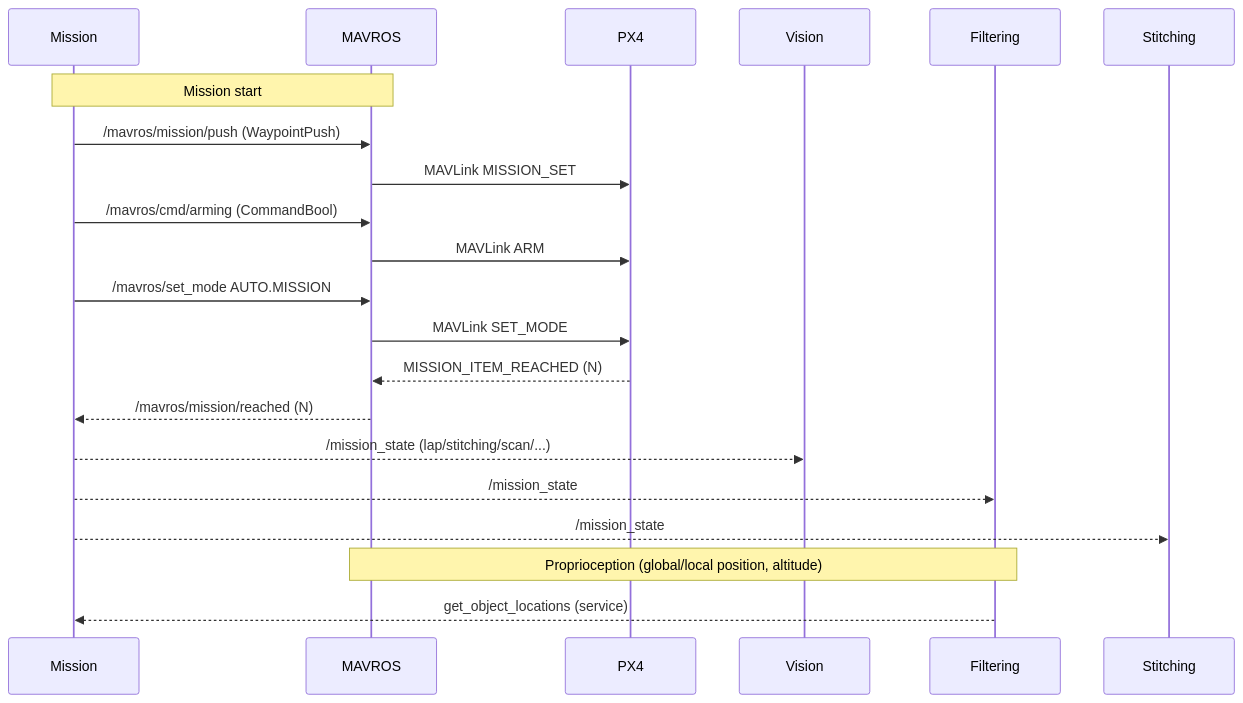
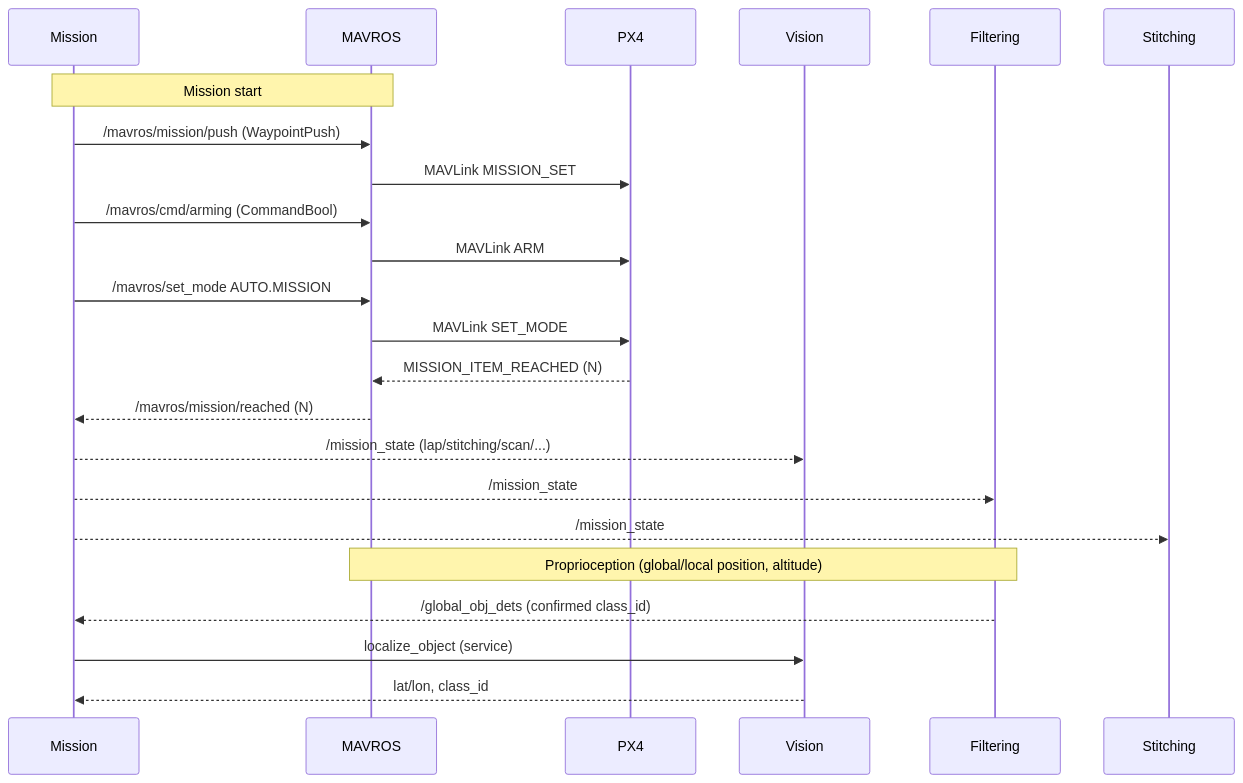
One commit to BuckeyeVertical/bv_core changed the fourth of 4 diagrams in README.md. Above: the diagram before and after it, drawn with Mermaid. The commit also changed other lines of this file, not shown here.

````diff
--- a/README.md
+++ b/README.md
@@ -121,23 +131,25 @@
 ```mermaid
 sequenceDiagram
 	participant Mission
 	participant MAVROS
 	participant PX4
 	participant Vision
 	participant Filtering
 	participant Stitching
 	Note over Mission,MAVROS: Mission start
 	Mission->>MAVROS: /mavros/mission/push (WaypointPush)
 	MAVROS->>PX4: MAVLink MISSION_SET
 	Mission->>MAVROS: /mavros/cmd/arming (CommandBool)
 	MAVROS->>PX4: MAVLink ARM
 	Mission->>MAVROS: /mavros/set_mode AUTO.MISSION
 	MAVROS->>PX4: MAVLink SET_MODE
 	PX4-->>MAVROS: MISSION_ITEM_REACHED (N)
 	MAVROS-->>Mission: /mavros/mission/reached (N)
 	Mission-->>Vision: /mission_state (lap/stitching/scan/...)
 	Mission-->>Filtering: /mission_state
 	Mission-->>Stitching: /mission_state
 		Note over MAVROS,Filtering: Proprioception (global/local position, altitude)
-	Filtering-->>Mission: get_object_locations (service)
+	Filtering-->>Mission: /global_obj_dets (confirmed class_id)
+	Mission->>Vision: localize_object (service)
+	Vision-->>Mission: lat/lon, class_id
 ```
````
